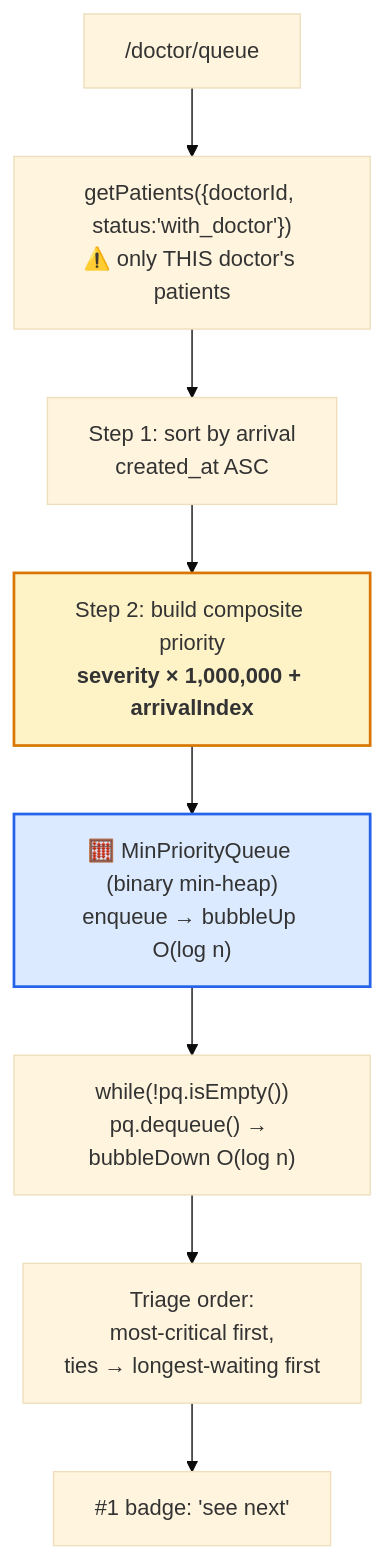
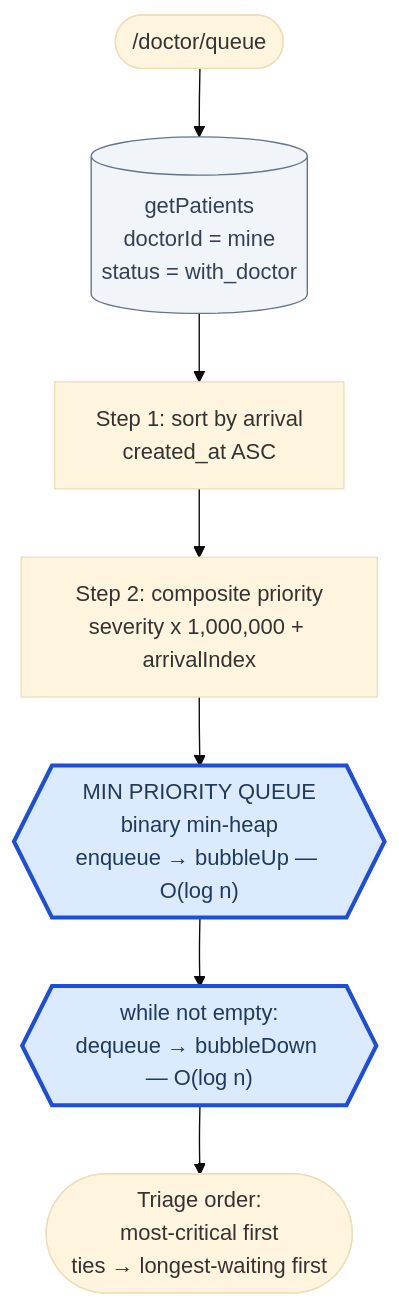
Diagram 12 of 22 in flow.md (themuzzamil/Hospital-Management-System), drawn with Mermaid (base theme) before and after one commit. The commit also changed other lines of this file, not shown here.

````diff
--- a/flow.md
+++ b/flow.md
@@ -396,15 +378,14 @@
 ```mermaid
 flowchart TD
-    A["/doctor/queue"] --> B["getPatients({doctorId, status:'with_doctor'})<br/>⚠️ only THIS doctor's patients"]
+    A(["/doctor/queue"]) --> B[("getPatients<br/>doctorId = mine<br/>status = with_doctor")]
+    B --> C["Step 1: sort by arrival<br/>created_at ASC"]
+    C --> D["Step 2: composite priority<br/>severity x 1,000,000 + arrivalIndex"]
+    D --> E{{"MIN PRIORITY QUEUE<br/>binary min-heap<br/>enqueue → bubbleUp — O(log n)"}}
+    E --> F{{"while not empty:<br/>dequeue → bubbleDown — O(log n)"}}
+    F --> G(["Triage order:<br/>most-critical first<br/>ties → longest-waiting first"])
 
-    B --> C["Step 1: sort by arrival<br/>created_at ASC"]
-    C --> D["Step 2: build composite priority<br/><b>severity × 1,000,000 + arrivalIndex</b>"]
-
-    D --> E["🧮 MinPriorityQueue (binary min-heap)<br/>enqueue → bubbleUp O(log n)"]
-    E --> F["while(!pq.isEmpty())<br/>pq.dequeue() → bubbleDown O(log n)"]
-    F --> G["Triage order:<br/>most-critical first,<br/>ties → longest-waiting first"]
-    G --> H["#1 badge: 'see next'"]
-
-    style E fill:#dbeafe,stroke:#2563eb,stroke-width:2px
-    style D fill:#fef3c7,stroke:#d97706,stroke-width:2px
+    classDef dsa fill:#dbeafe,stroke:#1d4ed8,stroke-width:3px,color:#1e3a5f
+    classDef db fill:#f1f5f9,stroke:#64748b,color:#334155
+    class E,F dsa
+    class B db
 ```
````
